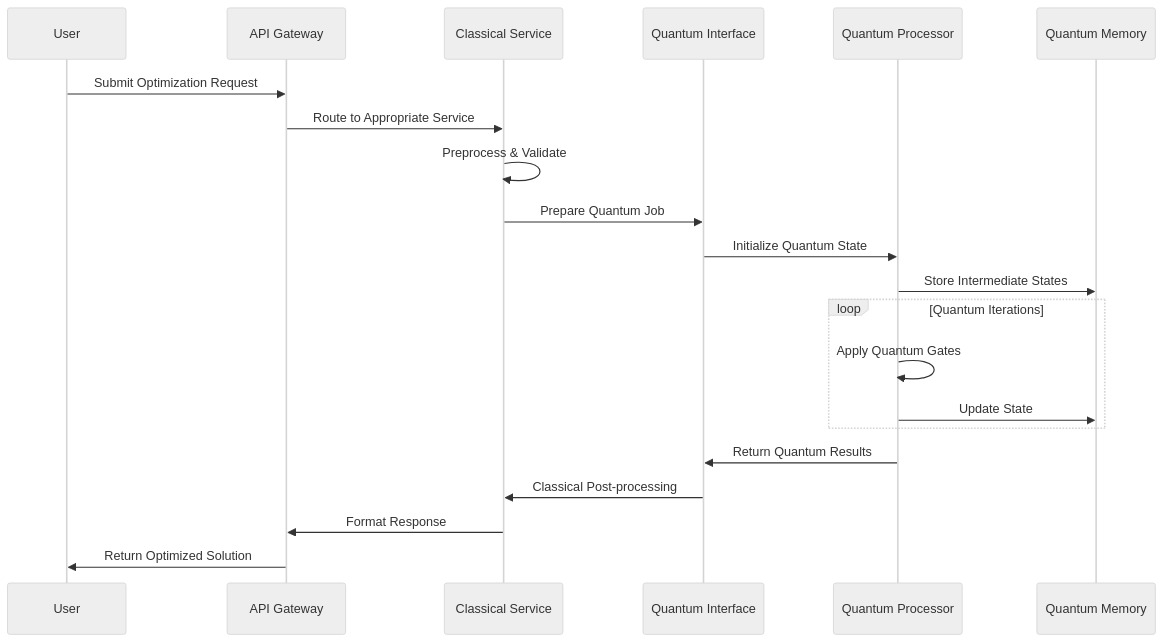
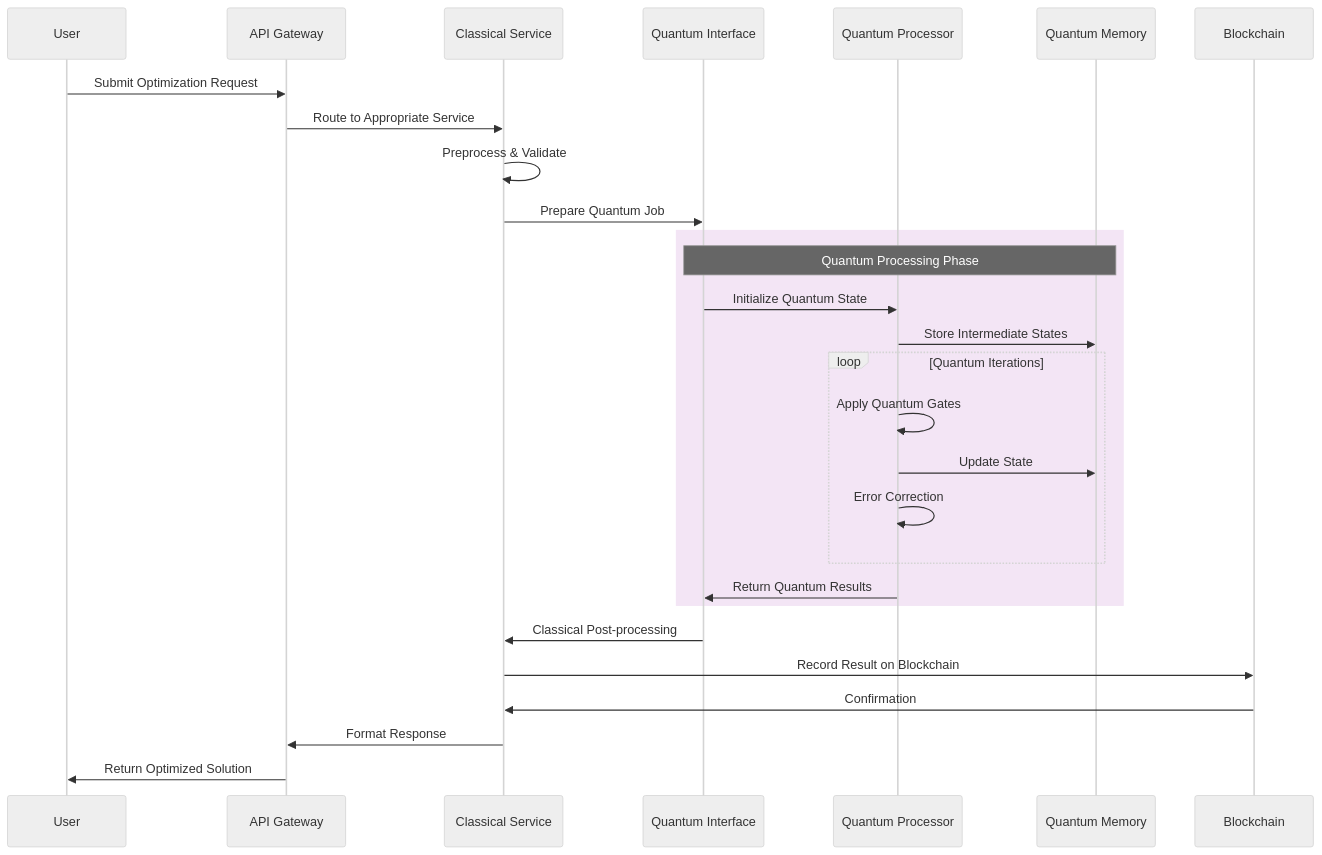
Before and after one commit to Robbbo-T/Robbbo-T: the sixth of 33 diagrams in README.md, drawn with Mermaid (neutral theme). The commit also changed other lines of this file, not shown here.

````diff
--- a/README.md
+++ b/README.md
@@ -797,24 +1200,33 @@
 ```mermaid
 sequenceDiagram
     participant U as User
     participant API as API Gateway
     participant CS as Classical Service
     participant QI as Quantum Interface
     participant QPU as Quantum Processor
     participant QM as Quantum Memory
+    participant BC as Blockchain
     
     U->>API: Submit Optimization Request
     API->>CS: Route to Appropriate Service
     CS->>CS: Preprocess & Validate
     CS->>QI: Prepare Quantum Job
-    QI->>QPU: Initialize Quantum State
-    QPU->>QM: Store Intermediate States
-    loop Quantum Iterations
-        QPU->>QPU: Apply Quantum Gates
-        QPU->>QM: Update State
+    
+    rect rgb(243, 229, 245)
+        Note over QI,QM: Quantum Processing Phase
+        QI->>QPU: Initialize Quantum State
+        QPU->>QM: Store Intermediate States
+        loop Quantum Iterations
+            QPU->>QPU: Apply Quantum Gates
+            QPU->>QM: Update State
+            QPU->>QPU: Error Correction
+        end
+        QPU->>QI: Return Quantum Results
     end
-    QPU->>QI: Return Quantum Results
+    
     QI->>CS: Classical Post-processing
+    CS->>BC: Record Result on Blockchain
+    BC->>CS: Confirmation
     CS->>API: Format Response
     API->>U: Return Optimized Solution
 ```
````
